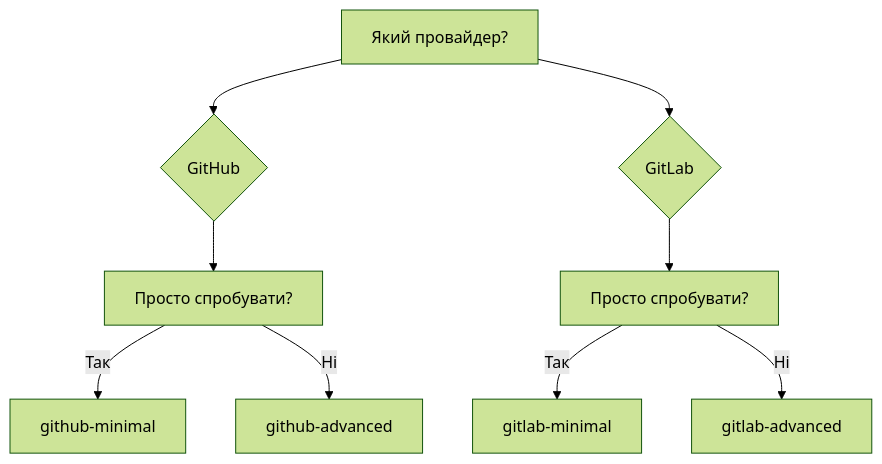
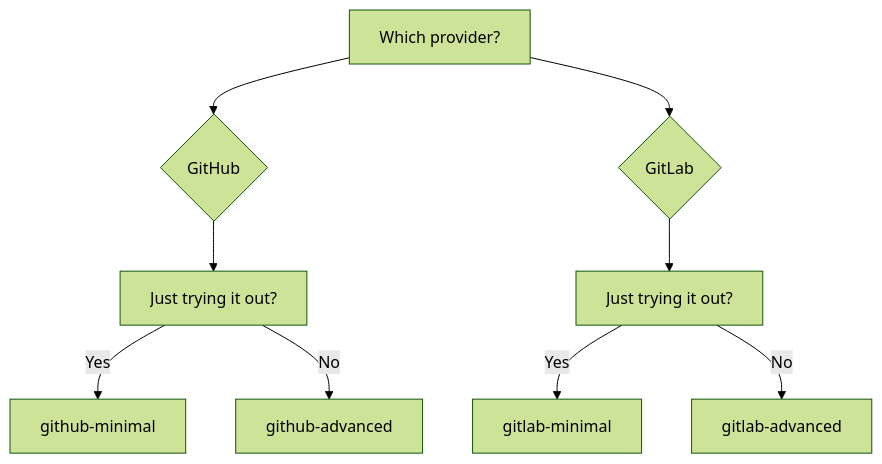
The diagram in docs/en/examples/index.md (actions-marketplace-validations/KonstZiv_ai-code-reviewer), drawn with Mermaid (forest theme) before and after one commit. The commit also changed other lines of this file and 62 other files, not shown here.

````diff
--- a/docs/en/examples/index.md
+++ b/docs/en/examples/index.md
@@ -25,11 +25,11 @@
 ```mermaid
 graph TD
-    A[Який провайдер?] --> B{GitHub}
+    A[Which provider?] --> B{GitHub}
     A --> C{GitLab}
-    B --> D[Просто спробувати?]
-    C --> E[Просто спробувати?]
-    D --> |Так| F[github-minimal]
-    D --> |Ні| G[github-advanced]
-    E --> |Так| H[gitlab-minimal]
-    E --> |Ні| I[gitlab-advanced]
+    B --> D[Just trying it out?]
+    C --> E[Just trying it out?]
+    D --> |Yes| F[github-minimal]
+    D --> |No| G[github-advanced]
+    E --> |Yes| H[gitlab-minimal]
+    E --> |No| I[gitlab-advanced]
 ```
````
